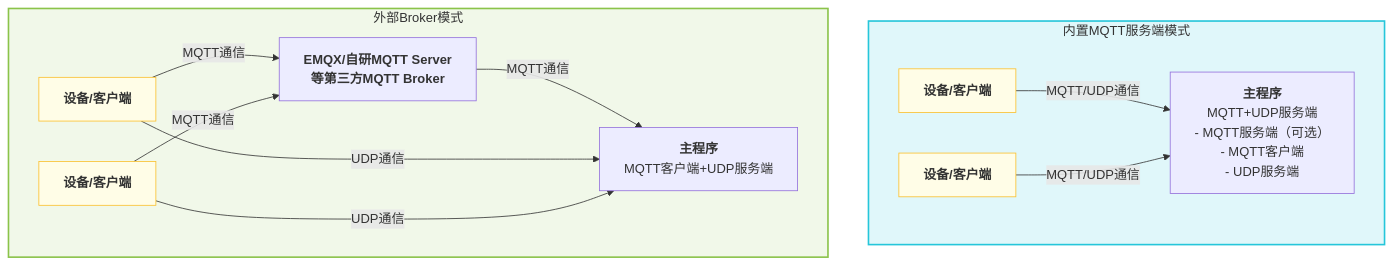
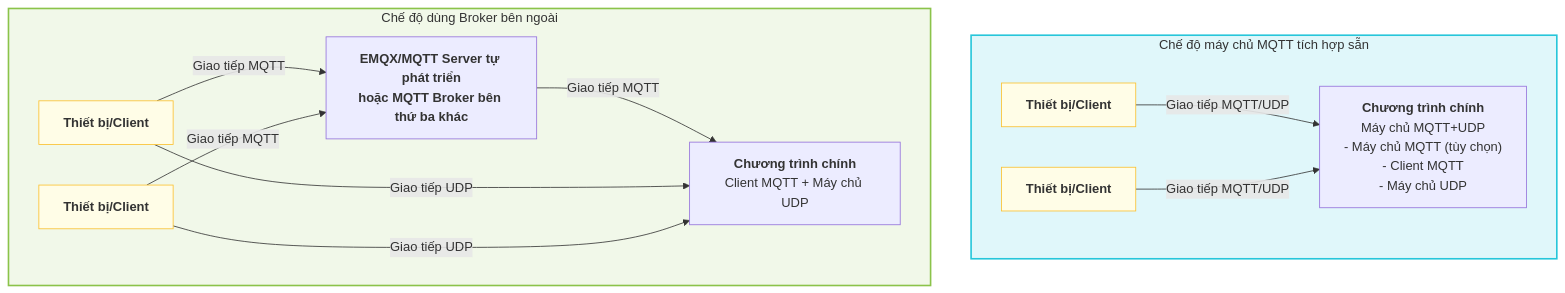
One commit to QuocTho228/milestones-esp32-server-golang changed the diagram in doc/mqtt_udp.md. Above: the diagram before and after it, drawn with Mermaid. The commit also changed other lines of this file and 50 other files, not shown here.

````diff
--- a/doc/mqtt_udp.md
+++ b/doc/mqtt_udp.md
@@ -22,29 +22,29 @@
 ```mermaid
 flowchart TD
-    subgraph A[内置MQTT服务端模式]
+    subgraph A[Chế độ máy chủ MQTT tích hợp sẵn]
         direction LR
-        D1["<b>设备/客户端</b>"]
-        D2["<b>设备/客户端</b>"]
-        MQTTUDPServer["<b>主程序</b><br/>MQTT+UDP服务端<br/>- MQTT服务端（可选）<br/>- MQTT客户端<br/>- UDP服务端"]
-        D1 -- "MQTT/UDP通信" --> MQTTUDPServer
-        D2 -- "MQTT/UDP通信" --> MQTTUDPServer
+        D1["<b>Thiết bị/Client</b>"]
+        D2["<b>Thiết bị/Client</b>"]
+        MQTTUDPServer["<b>Chương trình chính</b><br/>Máy chủ MQTT+UDP<br/>- Máy chủ MQTT (tùy chọn)<br/>- Client MQTT<br/>- Máy chủ UDP"]
+        D1 -- "Giao tiếp MQTT/UDP" --> MQTTUDPServer
+        D2 -- "Giao tiếp MQTT/UDP" --> MQTTUDPServer
     end
 
-    subgraph B[外部Broker模式]
+    subgraph B[Chế độ dùng Broker bên ngoài]
         direction LR
-        D3["<b>设备/客户端</b>"]
-        D4["<b>设备/客户端</b>"]
-        Broker["<b>EMQX/自研MQTT Server<br/>等第三方MQTT Broker</b>"]
-        MainServer["<b>主程序</b><br/>MQTT客户端+UDP服务端"]
-        D3 -- "MQTT通信" --> Broker
-        D4 -- "MQTT通信" --> Broker
-        Broker -- "MQTT通信" --> MainServer
-        D3 -- "UDP通信" --> MainServer
-        D4 -- "UDP通信" --> MainServer
+        D3["<b>Thiết bị/Client</b>"]
+        D4["<b>Thiết bị/Client</b>"]
+        Broker["<b>EMQX/MQTT Server tự phát triển<br/>hoặc MQTT Broker bên thứ ba khác</b>"]
+        MainServer["<b>Chương trình chính</b><br/>Client MQTT + Máy chủ UDP"]
+        D3 -- "Giao tiếp MQTT" --> Broker
+        D4 -- "Giao tiếp MQTT" --> Broker
+        Broker -- "Giao tiếp MQTT" --> MainServer
+        D3 -- "Giao tiếp UDP" --> MainServer
+        D4 -- "Giao tiếp UDP" --> MainServer
     end
 
     style A fill:#e0f7fa,stroke:#26c6da,stroke-width:2px
     style B fill:#f1f8e9,stroke:#8bc34a,stroke-width:2px
     classDef device fill:#fffde7,stroke:#fbc02d,stroke-width:1px;
     class D1,D2,D3,D4 device;
 ```
````
